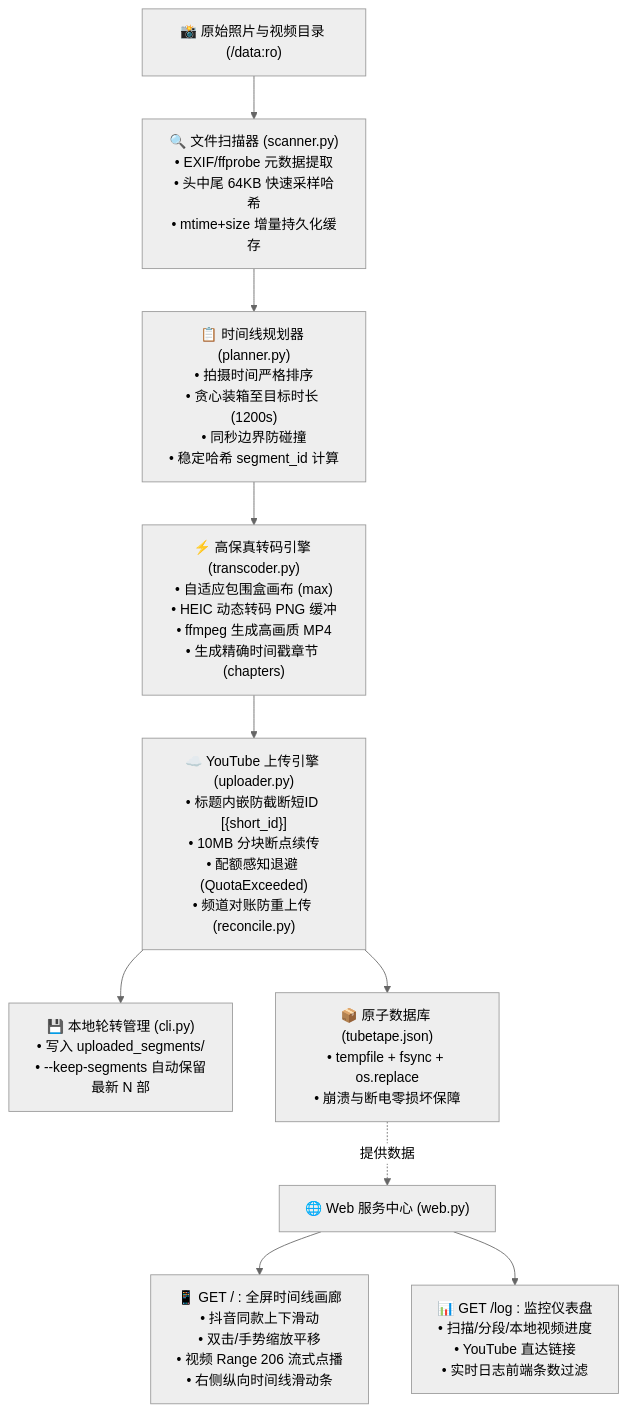
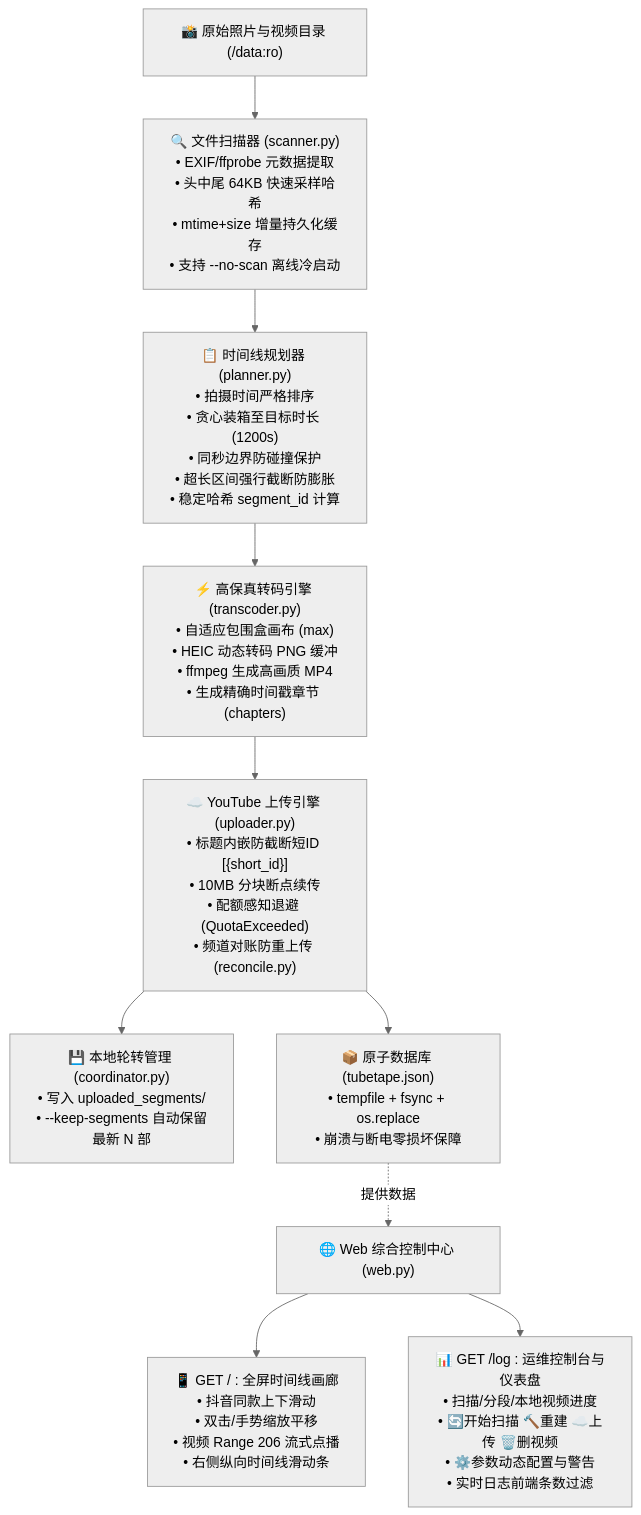
The diagram in README.md (ouut/TubeTape), drawn with Mermaid (neutral theme) before and after one commit. The commit also changed other lines of this file and 3 other files, not shown here.

````diff
--- a/README.md
+++ b/README.md
@@ -89,14 +102,14 @@
 ```mermaid
 flowchart TD
-    A["📸 原始照片与视频目录 (/data:ro)"] --> B["🔍 文件扫描器 (scanner.py)<br/>• EXIF/ffprobe 元数据提取<br/>• 头中尾 64KB 快速采样哈希<br/>• mtime+size 增量持久化缓存"]
-    B --> C["📋 时间线规划器 (planner.py)<br/>• 拍摄时间严格排序<br/>• 贪心装箱至目标时长 (1200s)<br/>• 同秒边界防碰撞<br/>• 稳定哈希 segment_id 计算"]
+    A["📸 原始照片与视频目录 (/data:ro)"] --> B["🔍 文件扫描器 (scanner.py)<br/>• EXIF/ffprobe 元数据提取<br/>• 头中尾 64KB 快速采样哈希<br/>• mtime+size 增量持久化缓存<br/>• 支持 --no-scan 离线冷启动"]
+    B --> C["📋 时间线规划器 (planner.py)<br/>• 拍摄时间严格排序<br/>• 贪心装箱至目标时长 (1200s)<br/>• 同秒边界防碰撞保护<br/>• 超长区间强行截断防膨胀<br/>• 稳定哈希 segment_id 计算"]
     C --> D["⚡ 高保真转码引擎 (transcoder.py)<br/>• 自适应包围盒画布 (max)<br/>• HEIC 动态转码 PNG 缓冲<br/>• ffmpeg 生成高画质 MP4<br/>• 生成精确时间戳章节 (chapters)"]
     D --> E["☁️ YouTube 上传引擎 (uploader.py)<br/>• 标题内嵌防截断短ID [{short_id}]<br/>• 10MB 分块断点续传<br/>• 配额感知退避 (QuotaExceeded)<br/>• 频道对账防重上传 (reconcile.py)"]
-    E --> F["💾 本地轮转管理 (cli.py)<br/>• 写入 uploaded_segments/<br/>• --keep-segments 自动保留最新 N 部"]
+    E --> F["💾 本地轮转管理 (coordinator.py)<br/>• 写入 uploaded_segments/<br/>• --keep-segments 自动保留最新 N 部"]
     E --> G["📦 原子数据库 (tubetape.json)<br/>• tempfile + fsync + os.replace<br/>• 崩溃与断电零损坏保障"]
     
-    H["🌐 Web 服务中心 (web.py)"]
+    H["🌐 Web 综合控制中心 (web.py)"]
     G -. 提供数据 .-> H
     H --> I["📱 GET / : 全屏时间线画廊<br/>• 抖音同款上下滑动<br/>• 双击/手势缩放平移<br/>• 视频 Range 206 流式点播<br/>• 右侧纵向时间线滑动条"]
-    H --> J["📊 GET /log : 监控仪表盘<br/>• 扫描/分段/本地视频进度<br/>• YouTube 直达链接<br/>• 实时日志前端条数过滤"]
+    H --> J["📊 GET /log : 运维控制台与仪表盘<br/>• 扫描/分段/本地视频进度<br/>• 🔄开始扫描 🔨重建 ☁️上传 🗑️删视频<br/>• ⚙️参数动态配置与警告<br/>• 实时日志前端条数过滤"]
 ```
````
